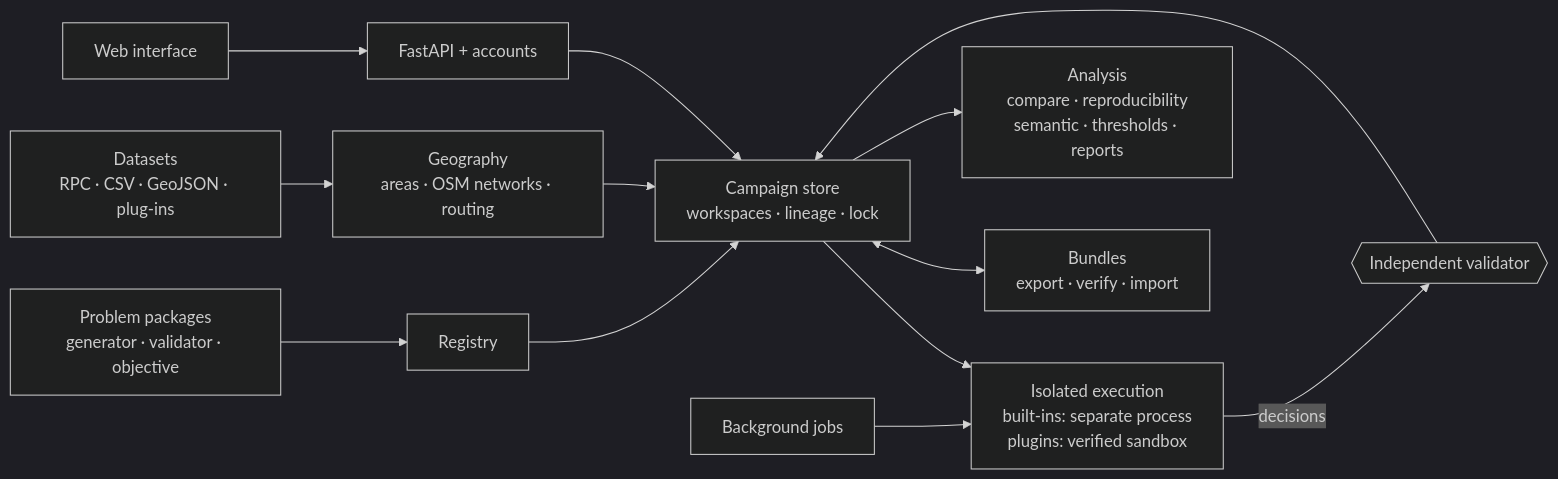
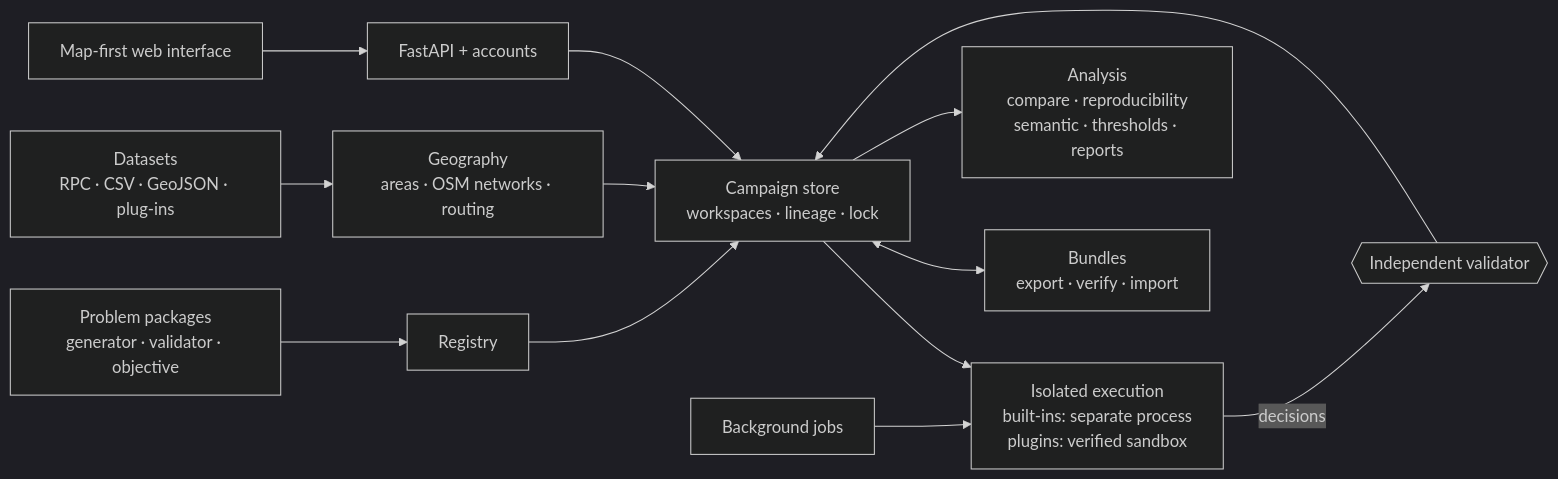
The second of 2 diagrams in README.md (OkbaBenatia/move-openlab-framework), drawn with Mermaid (dark theme) before and after one commit. The commit also changed other lines of this file and 33 other files, not shown here.

First line of the commit message:
feat: map-first workspace, comparison charts, replay, quick tour, URL routing

````diff
--- a/README.md
+++ b/README.md
@@ -46,13 +130,13 @@
 ```mermaid
 flowchart LR
   P[Problem packages<br/>generator · validator · objective] --> R[Registry]
   R --> S[Campaign store<br/>workspaces · lineage · lock]
   S --> X[Isolated execution<br/>built-ins: separate process<br/>plugins: verified sandbox]
   X -->|decisions| V{{Independent validator}} --> S
   S <--> B[Bundles<br/>export · verify · import]
   S --> A[Analysis<br/>compare · reproducibility<br/>semantic · thresholds · reports]
   G[Geography<br/>areas · OSM networks · routing] --> S
   D[Datasets<br/>RPC · CSV · GeoJSON · plug-ins] --> G
   J[Background jobs] --> X
-  UI[Web interface] --> API[FastAPI + accounts] --> S
+  UI[Map-first web interface] --> API[FastAPI + accounts] --> S
 ```
````
